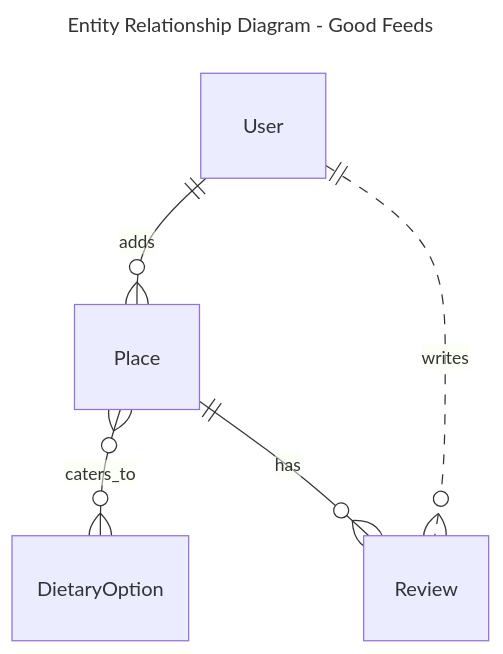
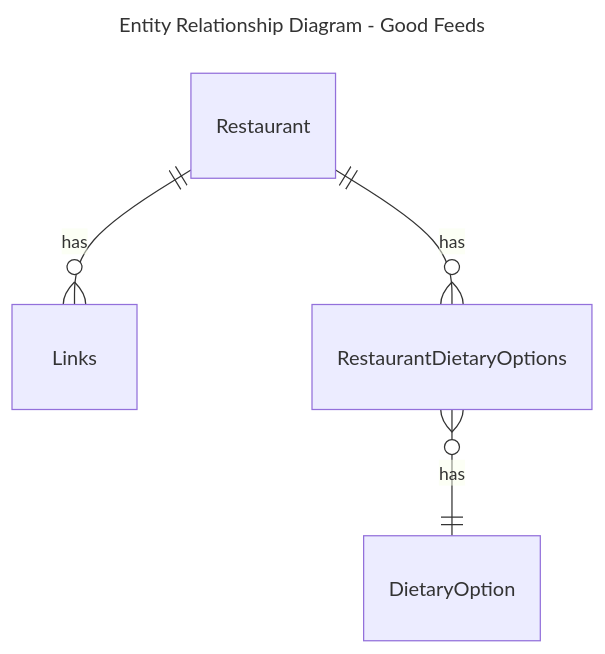
Before and after one commit to PakkuDon/good-feeds: the diagram in doc/diagrams/entity-relationship-diagram.mmd, drawn with Mermaid. The commit also changed 1 other file, not shown here.

Commit message:
Update entity-relationship diagram

```diff
--- a/doc/diagrams/entity-relationship-diagram.mmd
+++ b/doc/diagrams/entity-relationship-diagram.mmd
@@ -1,8 +1,7 @@
 ---
 title: Entity Relationship Diagram - Good Feeds
 ---
 erDiagram
-    User ||--o{ Place : adds
-    Place }o--o{ DietaryOption : caters_to
-    Place ||--o{ Review : has
-    User ||..o{ Review : writes
+    Restaurant ||--o{ Links : has
+    Restaurant ||--o{ RestaurantDietaryOptions : has
+    RestaurantDietaryOptions }o--|| DietaryOption : has
```
